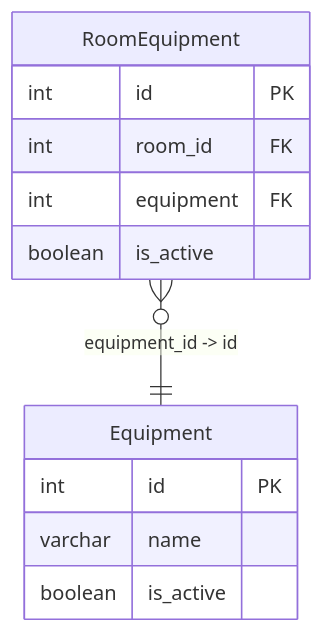
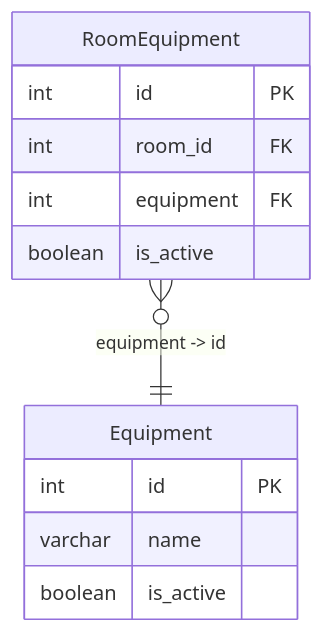
The diagram in S18/doc.md (YuriSilenok/KPK_UP2_23-2P9), drawn with Mermaid before and after one commit. The commit also changed other lines of this file, not shown here.

````diff
--- a/S18/doc.md
+++ b/S18/doc.md
@@ -91,17 +91,17 @@
 ```mermaid
 erDiagram
     Equipment {
         int id PK
         varchar name
         boolean is_active
     }
 
     RoomEquipment {
         int id PK
         int room_id FK
         int equipment FK
         boolean is_active
     }
 
-    RoomEquipment }o--|| Equipment : "equipment_id -> id"
+    RoomEquipment }o--|| Equipment : "equipment -> id"
 ```
````
